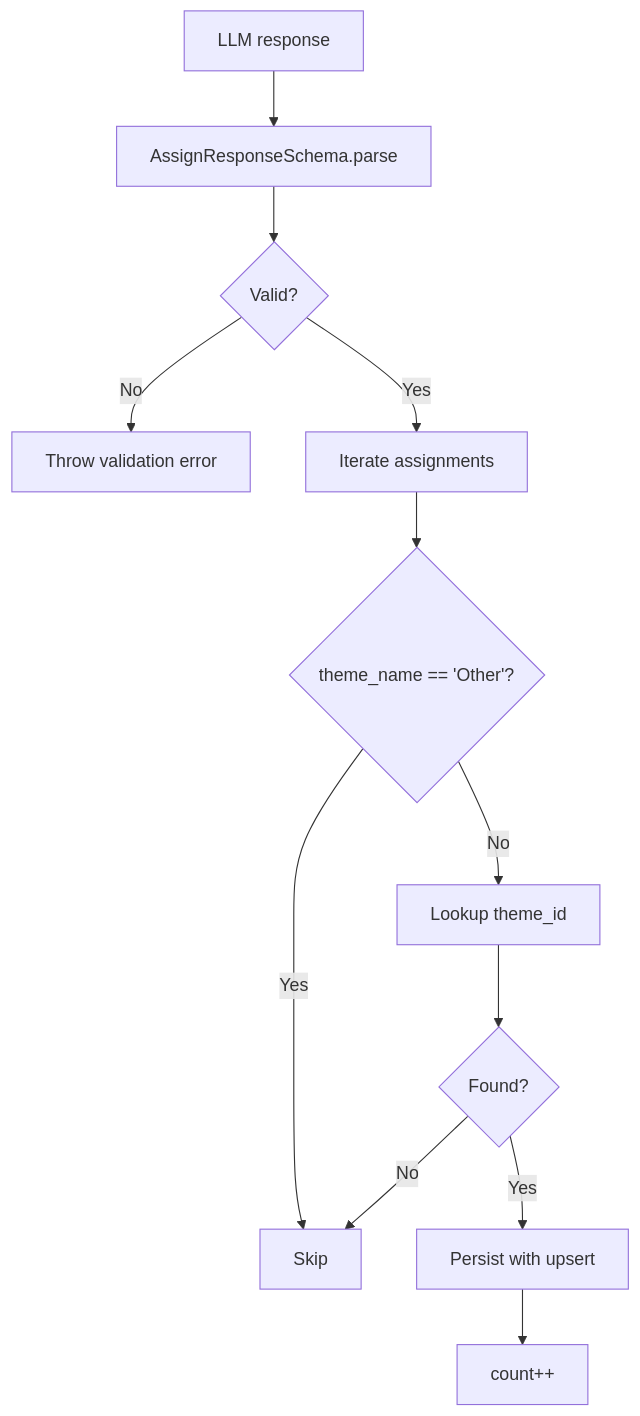
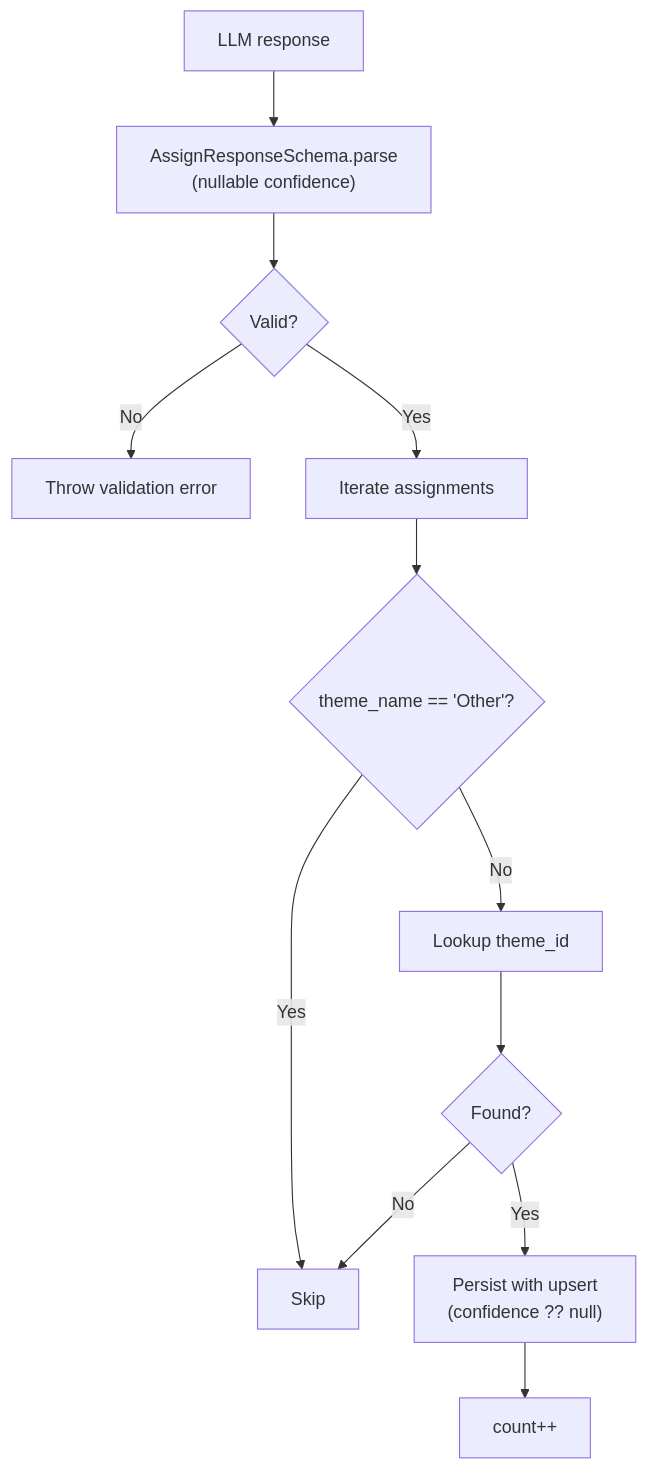
Before and after one commit to aravinthraj-ramalingam/Groww-App-Review-Insights-Analyzer-: the seventh of 8 diagrams in .qoder/repowiki/en/content/Phase 2_ Advanced Analytics & Automation/Review-to-Theme Assignment.md, drawn with Mermaid. The commit also changed other lines of this file and 4 other files, not shown here.

````diff
--- a/.qoder/repowiki/en/content/Phase 2_ Advanced Analytics & Automation/Review-to-Theme Assignment.md
+++ b/.qoder/repowiki/en/content/Phase 2_ Advanced Analytics & Automation/Review-to-Theme Assignment.md
@@ -250,14 +260,14 @@
 ```mermaid
 flowchart TD
-A["LLM response"] --> B["AssignResponseSchema.parse"]
+A["LLM response"] --> B["AssignResponseSchema.parse<br/>(nullable confidence)"]
 B --> C{"Valid?"}
 C --> |No| D["Throw validation error"]
 C --> |Yes| E["Iterate assignments"]
 E --> F{"theme_name == 'Other'?"}
 F --> |Yes| G["Skip"]
 F --> |No| H["Lookup theme_id"]
 H --> I{"Found?"}
 I --> |No| G
-I --> |Yes| J["Persist with upsert"]
+I --> |Yes| J["Persist with upsert<br/>(confidence ?? null)"]
 J --> K["count++"]
 ```
````
